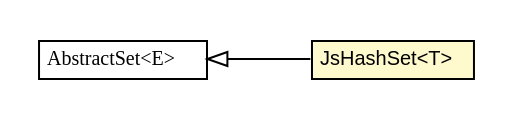
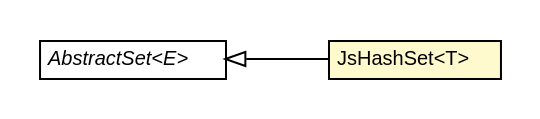
Before and after one commit to growbit/turbogwt-core: the diagram in javadoc/apidocs/org/turbogwt/core/collections/client/JsHashSet.dot, drawn with Graphviz. The commit also changed 235 other files, not shown here.

```diff
--- a/javadoc/apidocs/org/turbogwt/core/collections/client/JsHashSet.dot
+++ b/javadoc/apidocs/org/turbogwt/core/collections/client/JsHashSet.dot
@@ -1,27 +1,27 @@
 #!/usr/local/bin/dot
 #
 # Class diagram 
 # Generated by UMLGraph version R5_6-24-gf6e263 (http://www.umlgraph.org/)
 #
 
 digraph G {
-	edge [fontname="arial",fontsize=10,labelfontname="arial",labelfontsize=10];
-	node [fontname="arial",fontsize=10,shape=plaintext];
+	edge [fontname="Helvetica",fontsize=10,labelfontname="Helvetica",labelfontsize=10];
+	node [fontname="Helvetica",fontsize=10,shape=plaintext];
 	nodesep=0.25;
 	ranksep=0.5;
 	rankdir=LR;
 	// org.turbogwt.core.collections.client.JsHashSet<T>
-	c648 [label=<<table title="org.turbogwt.core.collections.client.JsHashSet" border="0" cellborder="1" cellspacing="0" cellpadding="2" port="p" bgcolor="lemonChiffon" href="./JsHashSet.html">
+	c666 [label=<<table title="org.turbogwt.core.collections.client.JsHashSet" border="0" cellborder="1" cellspacing="0" cellpadding="2" port="p" bgcolor="lemonChiffon" href="./JsHashSet.html">
 		<tr><td><table border="0" cellspacing="0" cellpadding="1">
 <tr><td align="center" balign="center"> JsHashSet&lt;T&gt; </td></tr>
 		</table></td></tr>
-		</table>>, URL="./JsHashSet.html", fontname="arial", fontcolor="black", fontsize=10.0];
+		</table>>, URL="./JsHashSet.html", fontname="Helvetica", fontcolor="black", fontsize=10.0];
 	//org.turbogwt.core.collections.client.JsHashSet<T> extends java.util.AbstractSet<T>
-	c673:p -> c648:p [dir=back,arrowtail=empty];
+	c693:p -> c666:p [dir=back,arrowtail=empty];
 	// java.util.AbstractSet<E>
-	c673 [label=<<table title="java.util.AbstractSet" border="0" cellborder="1" cellspacing="0" cellpadding="2" port="p" href="http://download.oracle.com/javase/7/docs/api/java/util/AbstractSet.html">
+	c693 [label=<<table title="java.util.AbstractSet" border="0" cellborder="1" cellspacing="0" cellpadding="2" port="p" href="http://download.oracle.com/javase/7/docs/api/java/util/AbstractSet.html">
 		<tr><td><table border="0" cellspacing="0" cellpadding="1">
-<tr><td align="center" balign="center"><font face="arial italic"> AbstractSet&lt;E&gt; </font></td></tr>
+<tr><td align="center" balign="center"><font face="Helvetica-Oblique"> AbstractSet&lt;E&gt; </font></td></tr>
 		</table></td></tr>
-		</table>>, URL="http://download.oracle.com/javase/7/docs/api/java/util/AbstractSet.html", fontname="arial", fontcolor="black", fontsize=10.0];
+		</table>>, URL="http://download.oracle.com/javase/7/docs/api/java/util/AbstractSet.html", fontname="Helvetica", fontcolor="black", fontsize=10.0];
 }
```
